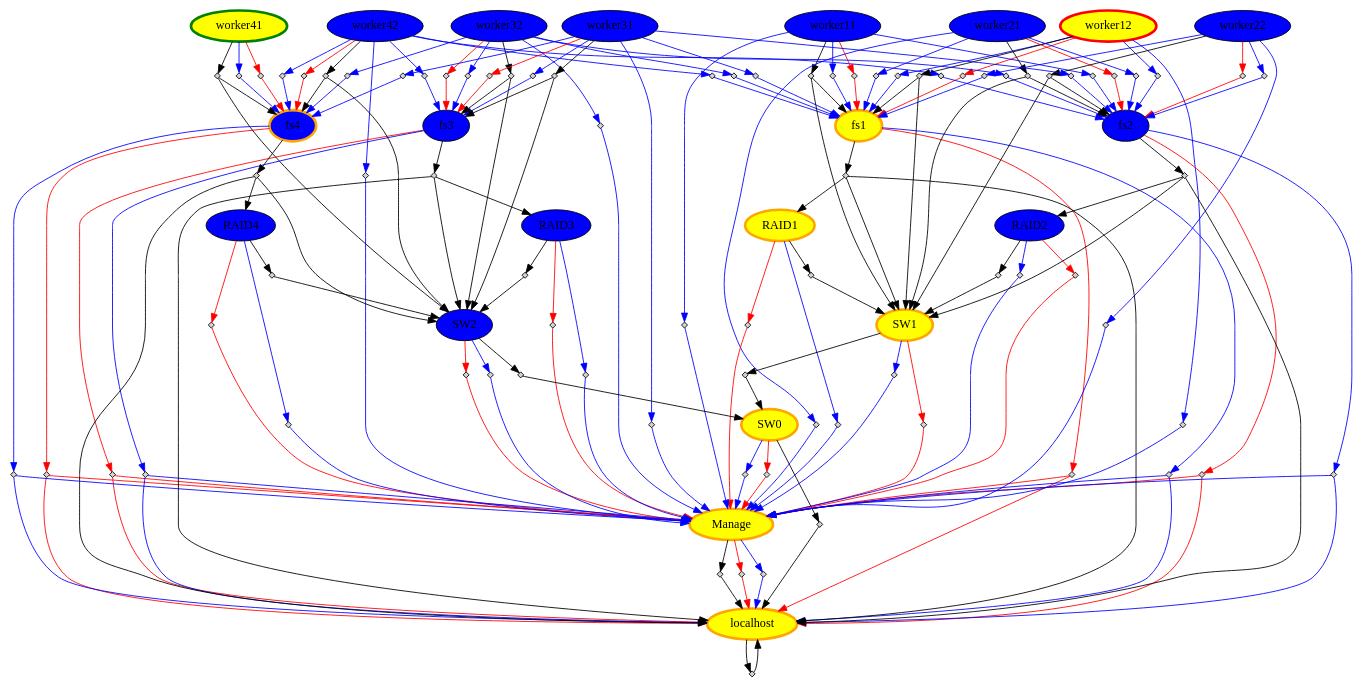
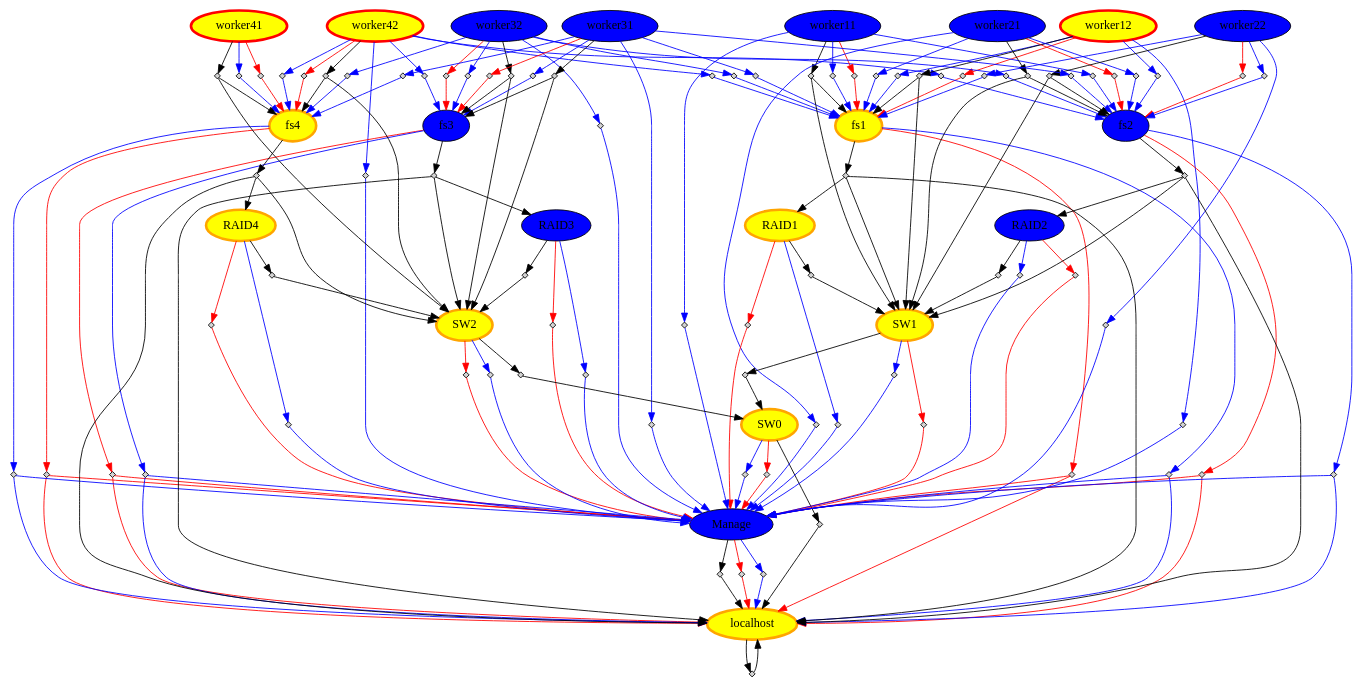
One commit to amgaa/ClusterNap changed the diagram in server/CN.dot. Above: the diagram before and after it, drawn with Graphviz. The commit also changed 13 other files, not shown here.

```diff
--- a/server/CN.dot
+++ b/server/CN.dot
@@ -1,13 +1,13 @@
 digraph CN { 
-"worker42" [style="filled"	 color=black, fillcolor= blue] ;
-"worker41" [style="filled"	 color=green, penwidth=3, fillcolor= yellow] ;
+"worker42" [style="filled"	 color=red, penwidth=3, fillcolor= yellow] ;
+"worker41" [style="filled"	 color=red, penwidth=3, fillcolor= yellow] ;
 "worker12" [style="filled"	 color=red, penwidth=3, fillcolor= yellow] ;
 "worker11" [style="filled"	 color=black, fillcolor= blue] ;
 "SW0" [style="filled"	 color=orange, penwidth=3, fillcolor= yellow] ;
 "fs1" [style="filled"	 color=orange, penwidth=3, fillcolor= yellow] ;
-"Manage" [style="filled"	 color=orange, penwidth=3, fillcolor= yellow] ;
+"Manage" [style="filled"	 color=black, fillcolor= blue] ;
 "worker21" [style="filled"	 color=black, fillcolor= blue] ;
-"RAID4" [style="filled"	 color=black, fillcolor= blue] ;
+"RAID4" [style="filled"	 color=orange, penwidth=3, fillcolor= yellow] ;
 "fs2" [style="filled"	 color=black, fillcolor= blue] ;
 "fs3" [style="filled"	 color=black, fillcolor= blue] ;
 "RAID1" [style="filled"	 color=orange, penwidth=3, fillcolor= yellow] ;
@@ -15,8 +15,8 @@
 "RAID3" [style="filled"	 color=black, fillcolor= blue] ;
 "RAID2" [style="filled"	 color=black, fillcolor= blue] ;
 "SW1" [style="filled"	 color=orange, penwidth=3, fillcolor= yellow] ;
-"fs4" [style="filled"	 color=orange, penwidth=3, fillcolor= blue] ;
-"SW2" [style="filled"	 color=black, fillcolor= blue] ;
+"fs4" [style="filled"	 color=orange, penwidth=3, fillcolor= yellow] ;
+"SW2" [style="filled"	 color=orange, penwidth=3, fillcolor= yellow] ;
 "worker32" [style="filled"	 color=black, fillcolor= blue] ;
 "worker31" [style="filled"	 color=black, fillcolor= blue] ;
 "localhost" [style="filled"	 color=orange, penwidth=3, fillcolor= yellow] ;
```
